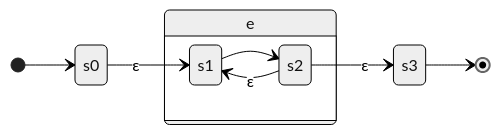
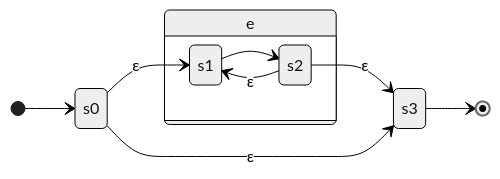
The fifth of 11 diagrams in _posts/2022-02-26-FSA_and_RE.md (JohnsonLee-debug/johnsonlee-debug.github.io), drawn with Mermaid (neutral theme) before and after one commit. The commit also changed other lines of this file, not shown here.

````diff
--- a/_posts/2022-02-26-FSA_and_RE.md
+++ b/_posts/2022-02-26-FSA_and_RE.md
@@ -117,14 +117,15 @@
   ```mermaid
   stateDiagram-v2
   	direction LR
   	[*]-->s0
   	s0-->s1:ε
   	
   	s2-->s3:ε
   	s3-->[*]
+        s0-->s3:ε
   	state e{
   		direction LR
   		s1-->s2
   		s2-->s1:ε
   	}
   ```
````
